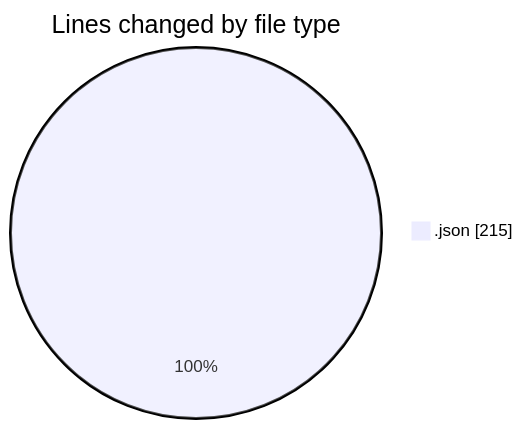
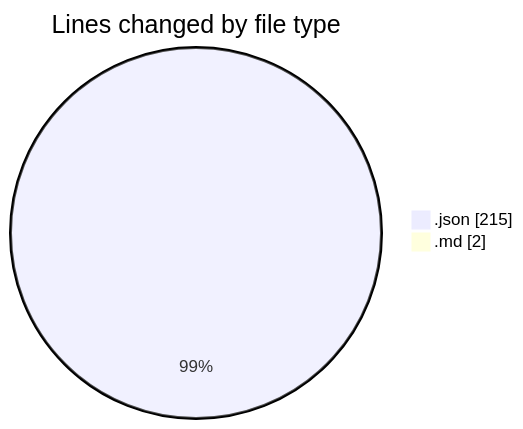
Before and after one commit to Ritupan-Deka/code-tracking: the first of 2 diagrams in 2025-07-10/urlwebwala_intership_work/README.md, drawn with Mermaid. The commit also changed other lines of this file and 1 other file, not shown here.

````diff
--- a/2025-07-10/urlwebwala_intership_work/README.md
+++ b/2025-07-10/urlwebwala_intership_work/README.md
@@ -20,5 +21,6 @@
 ```mermaid
 pie showData
 title Lines changed by file type
 ".json" : 215
+".md" : 2
 ```
````
